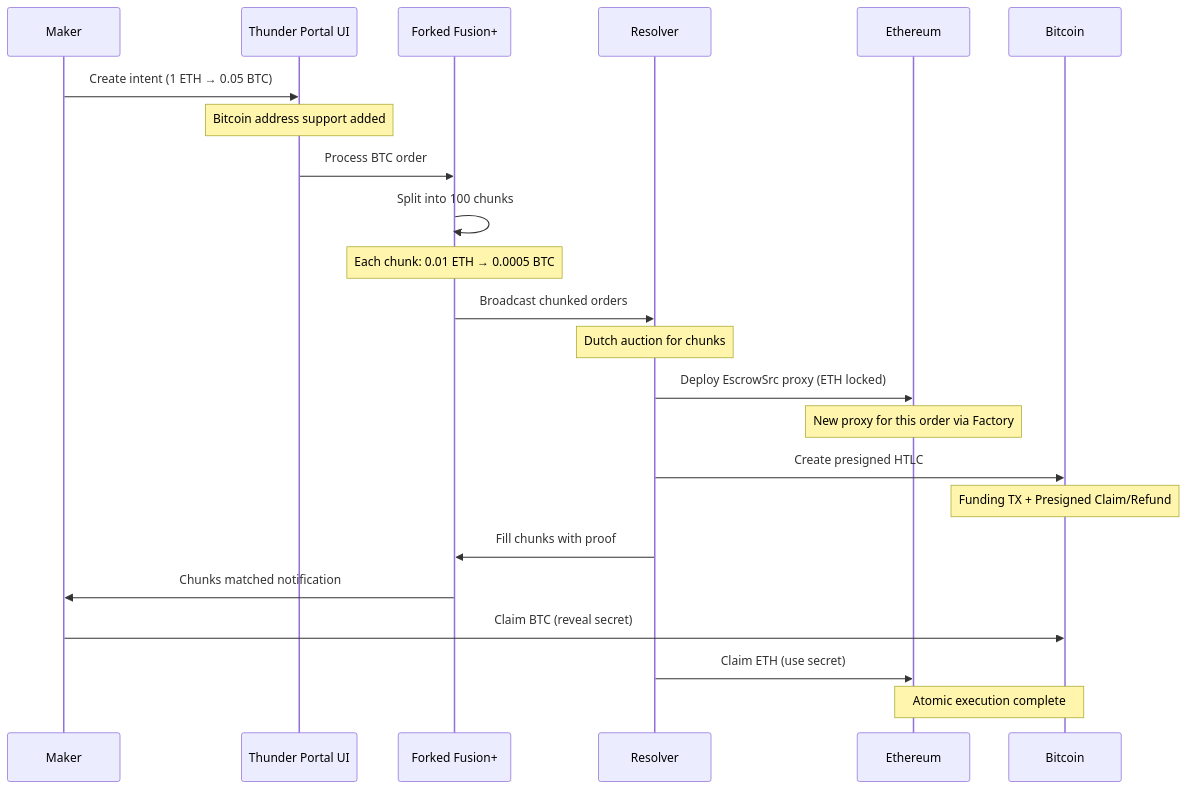
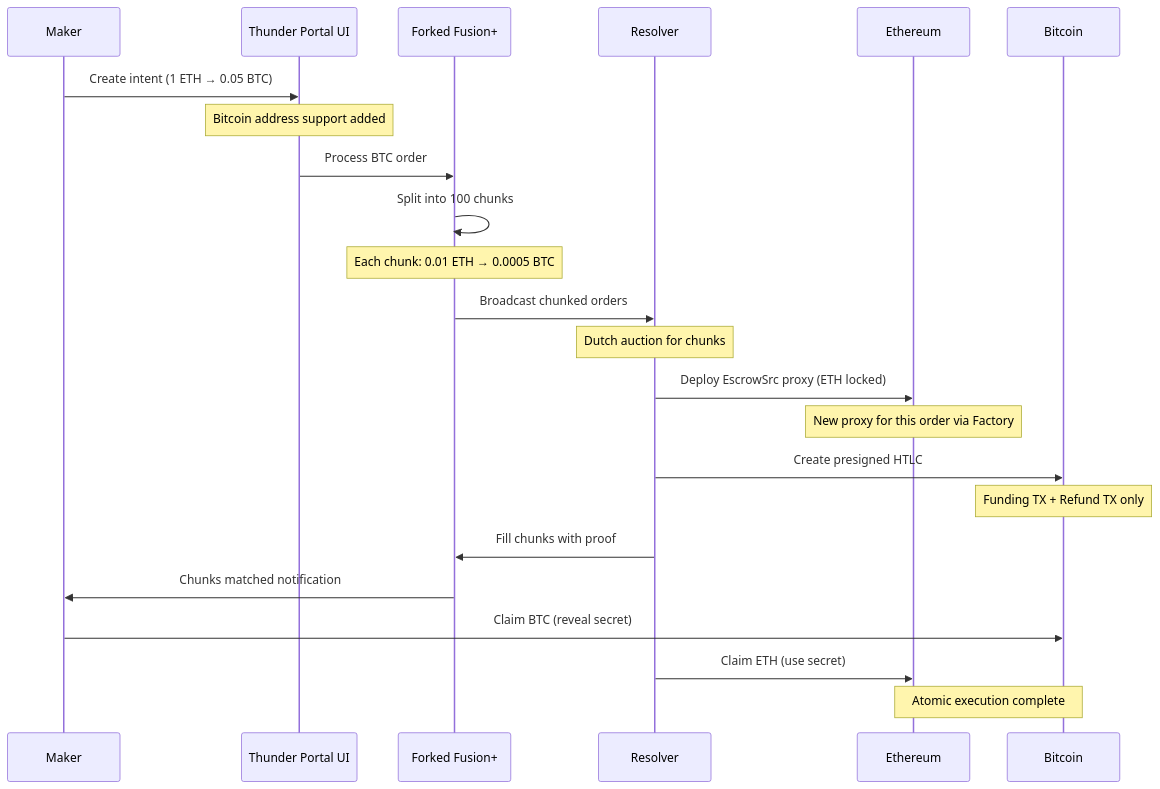
The third of 7 diagrams in README.md (NuttakitDW/thunder-portal), drawn with Mermaid before and after one commit. The commit also changed other lines of this file and 9 other files, not shown here.

````diff
--- a/README.md
+++ b/README.md
@@ -164,30 +165,30 @@
 ```mermaid
 sequenceDiagram
     participant Maker
     participant ThunderUI as Thunder Portal UI
     participant ForkedProtocol as Forked Fusion+
     participant Resolver
     participant Ethereum
     participant Bitcoin
 
     Maker->>ThunderUI: Create intent (1 ETH → 0.05 BTC)
     Note over ThunderUI: Bitcoin address support added
     ThunderUI->>ForkedProtocol: Process BTC order
     ForkedProtocol->>ForkedProtocol: Split into 100 chunks
     Note over ForkedProtocol: Each chunk: 0.01 ETH → 0.0005 BTC
     
     ForkedProtocol->>Resolver: Broadcast chunked orders
     Note over Resolver: Dutch auction for chunks
     
     Resolver->>Ethereum: Deploy EscrowSrc proxy (ETH locked)
     Note over Ethereum: New proxy for this order via Factory
     Resolver->>Bitcoin: Create presigned HTLC
-    Note over Bitcoin: Funding TX + Presigned Claim/Refund
+    Note over Bitcoin: Funding TX + Refund TX only
     
     Resolver->>ForkedProtocol: Fill chunks with proof
     ForkedProtocol->>Maker: Chunks matched notification
     
     Maker->>Bitcoin: Claim BTC (reveal secret)
     Resolver->>Ethereum: Claim ETH (use secret)
     Note over Ethereum,Bitcoin: Atomic execution complete
 ```
````
